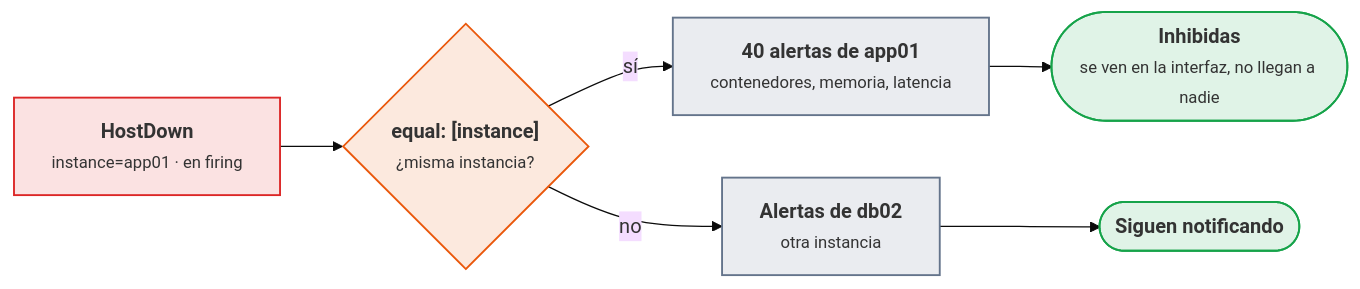
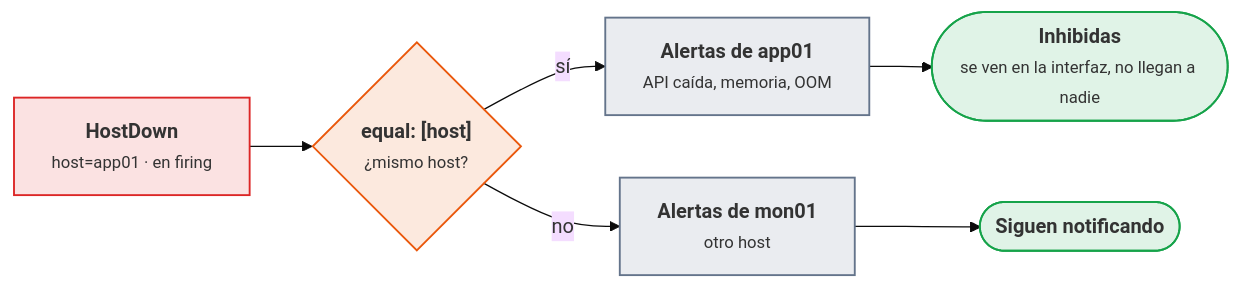
The sixth of 6 diagrams in docs/ut/ut2-alarmas.md (victor-educ/apuntes-5169), drawn with Mermaid (base theme) before and after one commit. The commit also changed other lines of this file and 17 other files, not shown here.

````diff
--- a/docs/ut/ut2-alarmas.md
+++ b/docs/ut/ut2-alarmas.md
@@ -774,18 +778,18 @@
 ```mermaid
 flowchart LR
-    HD["<b>HostDown</b><br><small>instance=app01 · en firing</small>"]:::riesgo
-    EQ{"<b>equal: [instance]</b><br><small>¿misma instancia?</small>"}:::act
-    HIJAS["<b>40 alertas de app01</b><br><small>contenedores, memoria, latencia</small>"]:::pieza
+    HD["<b>HostDown</b><br><small>host=app01 · en firing</small>"]:::riesgo
+    EQ{"<b>equal: [host]</b><br><small>¿mismo host?</small>"}:::act
+    HIJAS["<b>Alertas de app01</b><br><small>API caída, memoria, OOM</small>"]:::pieza
     CALLA(["<b>Inhibidas</b><br><small>se ven en la interfaz, no llegan a nadie</small>"]):::ok
-    OTRA["<b>Alertas de db02</b><br><small>otra instancia</small>"]:::pieza
+    OTRA["<b>Alertas de mon01</b><br><small>otro host</small>"]:::pieza
     PASA(["<b>Siguen notificando</b>"]):::ok
     HD --> EQ
     EQ -- "sí" --> HIJAS --> CALLA
     EQ -- "no" --> OTRA --> PASA
     classDef act fill:#ea580c22,stroke:#ea580c,stroke-width:1.5px
     classDef pieza fill:#64748b22,stroke:#64748b,stroke-width:1.5px
     classDef dato fill:#2563eb22,stroke:#2563eb,stroke-width:1.5px
     classDef infra fill:#a1a1aa14,stroke:#a1a1aa,stroke-width:1.5px
     classDef ok fill:#16a34a22,stroke:#16a34a,stroke-width:1.5px
     classDef riesgo fill:#dc262622,stroke:#dc2626,stroke-width:1.5px
 ```
````
